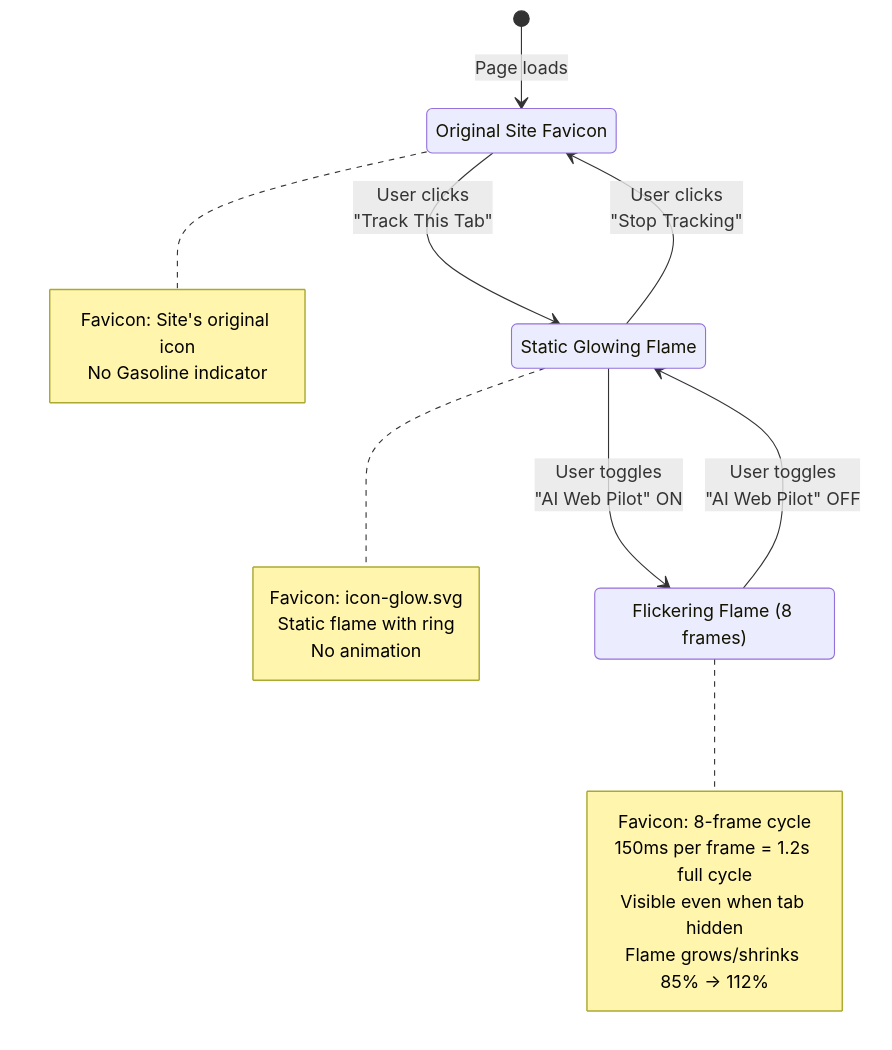
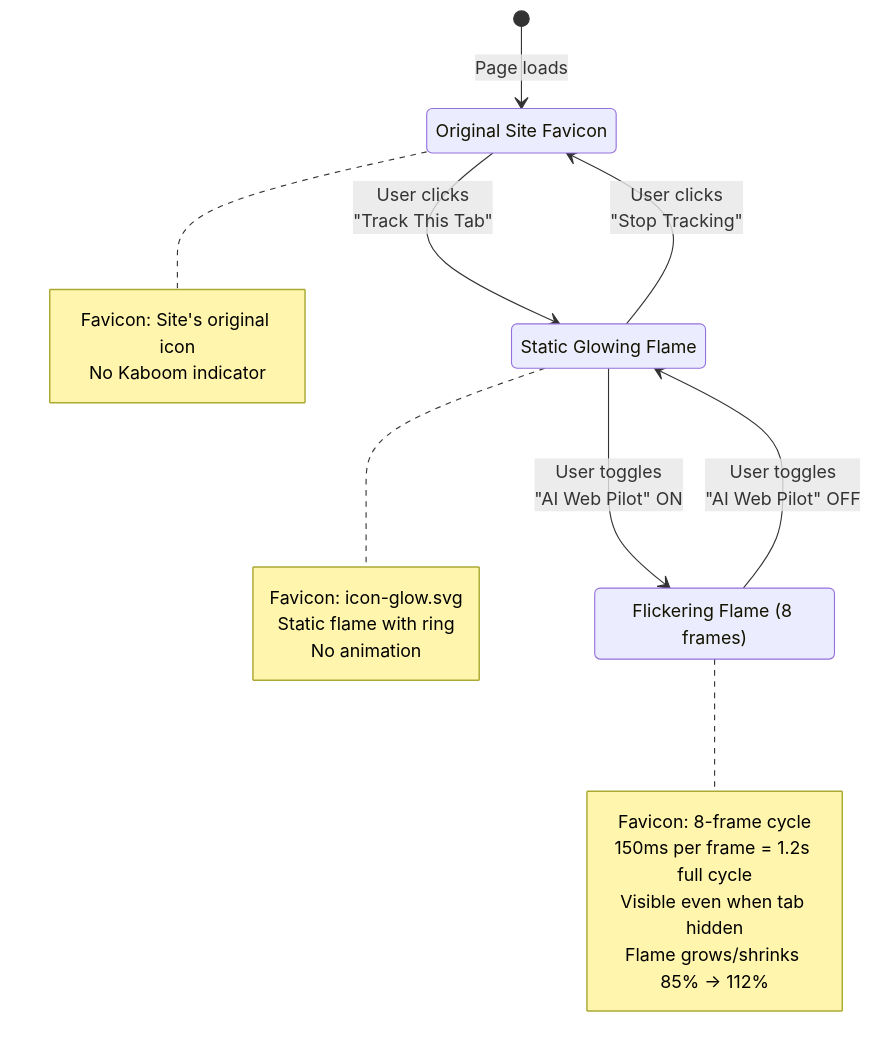
Before and after one commit to brennhill/gasoline-mcp-ai-devtools: the first of 10 diagrams in docs/architecture/diagrams/flame-flicker-visual.md, drawn with Mermaid. The commit also changed other lines of this file and 1983 other files, not shown here.

````diff
--- a/docs/architecture/diagrams/flame-flicker-visual.md
+++ b/docs/architecture/diagrams/flame-flicker-visual.md
@@ -13,32 +13,32 @@
 ```mermaid
 stateDiagram-v2
     [*] --> NotTracking: Page loads
 
     NotTracking --> TrackingOnly: User clicks<br/>"Track This Tab"
     TrackingOnly --> NotTracking: User clicks<br/>"Stop Tracking"
 
     TrackingOnly --> AIPilotActive: User toggles<br/>"AI Web Pilot" ON
     AIPilotActive --> TrackingOnly: User toggles<br/>"AI Web Pilot" OFF
 
     NotTracking: Original Site Favicon
     TrackingOnly: Static Glowing Flame
     AIPilotActive: Flickering Flame (8 frames)
 
     note right of NotTracking
         Favicon: Site's original icon
-        No Gasoline indicator
+        No Kaboom indicator
     end note
 
     note right of TrackingOnly
         Favicon: icon-glow.svg
         Static flame with ring
         No animation
     end note
 
     note right of AIPilotActive
         Favicon: 8-frame cycle
         150ms per frame = 1.2s full cycle
         Visible even when tab hidden
         Flame grows/shrinks 85% → 112%
     end note
 ```
````
